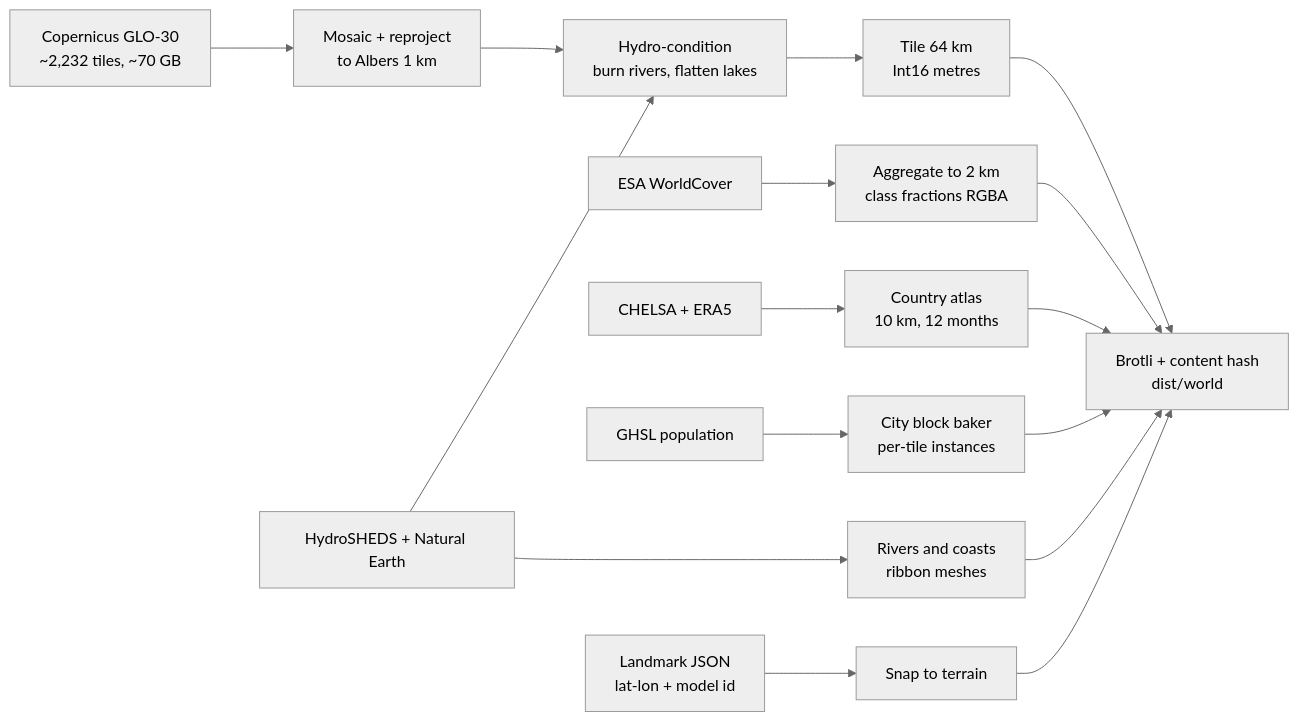
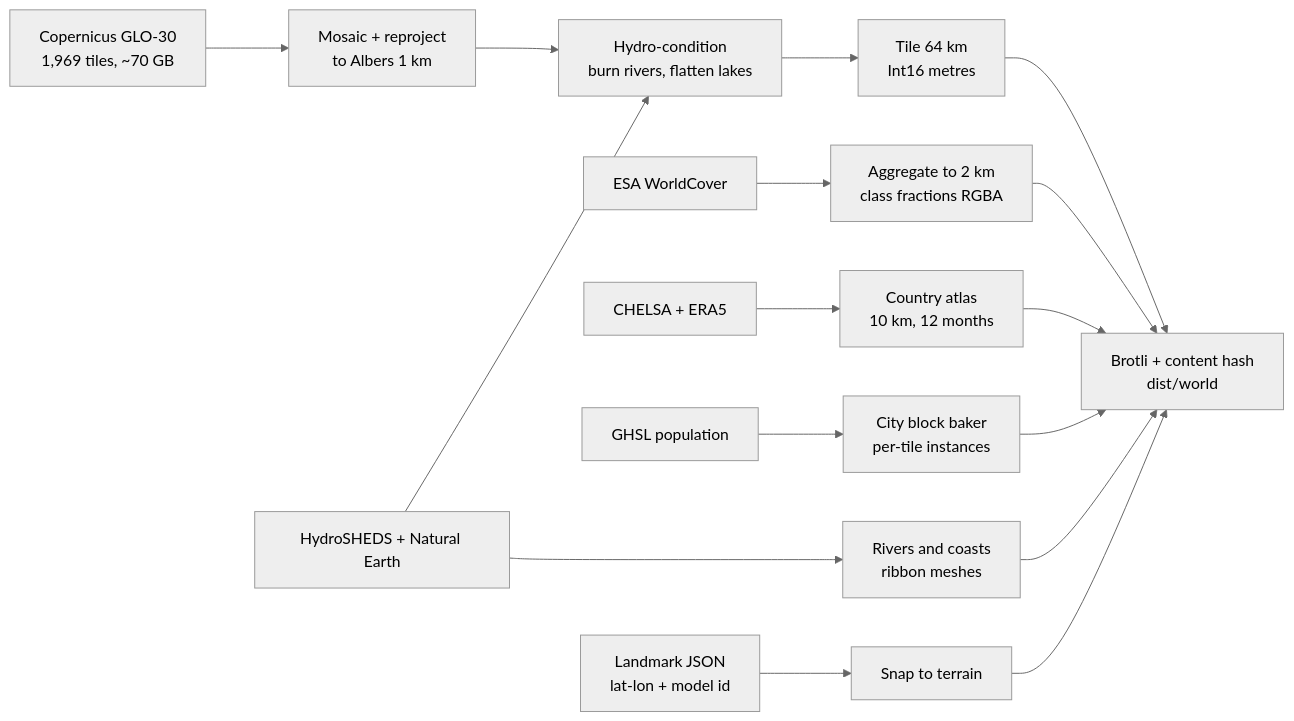
The first of 3 diagrams in Nine Skies — Build Plan.md (Victor-EU/nine-skies), drawn with Mermaid (neutral theme) before and after one commit. The commit also changed other lines of this file and 26 other files, not shown here.

````diff
--- a/Nine Skies — Build Plan.md
+++ b/Nine Skies — Build Plan.md
@@ -63,18 +63,18 @@
 ```mermaid
 flowchart LR
-  A[Copernicus GLO-30<br/>~2,232 tiles, ~70 GB] --> B[Mosaic + reproject<br/>to Albers 1 km]
+  A[Copernicus GLO-30<br/>1,969 tiles, ~70 GB] --> B[Mosaic + reproject<br/>to Albers 1 km]
   B --> C[Hydro-condition<br/>burn rivers, flatten lakes]
   C --> D[Tile 64 km<br/>Int16 metres]
   D --> E[Brotli + content hash<br/>dist/world]
   F[ESA WorldCover] --> G[Aggregate to 2 km<br/>class fractions RGBA]
   G --> E
   H[CHELSA + ERA5] --> I[Country atlas<br/>10 km, 12 months]
   I --> E
   J[GHSL population] --> K[City block baker<br/>per-tile instances]
   K --> E
   L[HydroSHEDS + Natural Earth] --> C
   L --> M[Rivers and coasts<br/>ribbon meshes]
   M --> E
   N[Landmark JSON<br/>lat-lon + model id] --> O[Snap to terrain]
   O --> E
 ```
````
